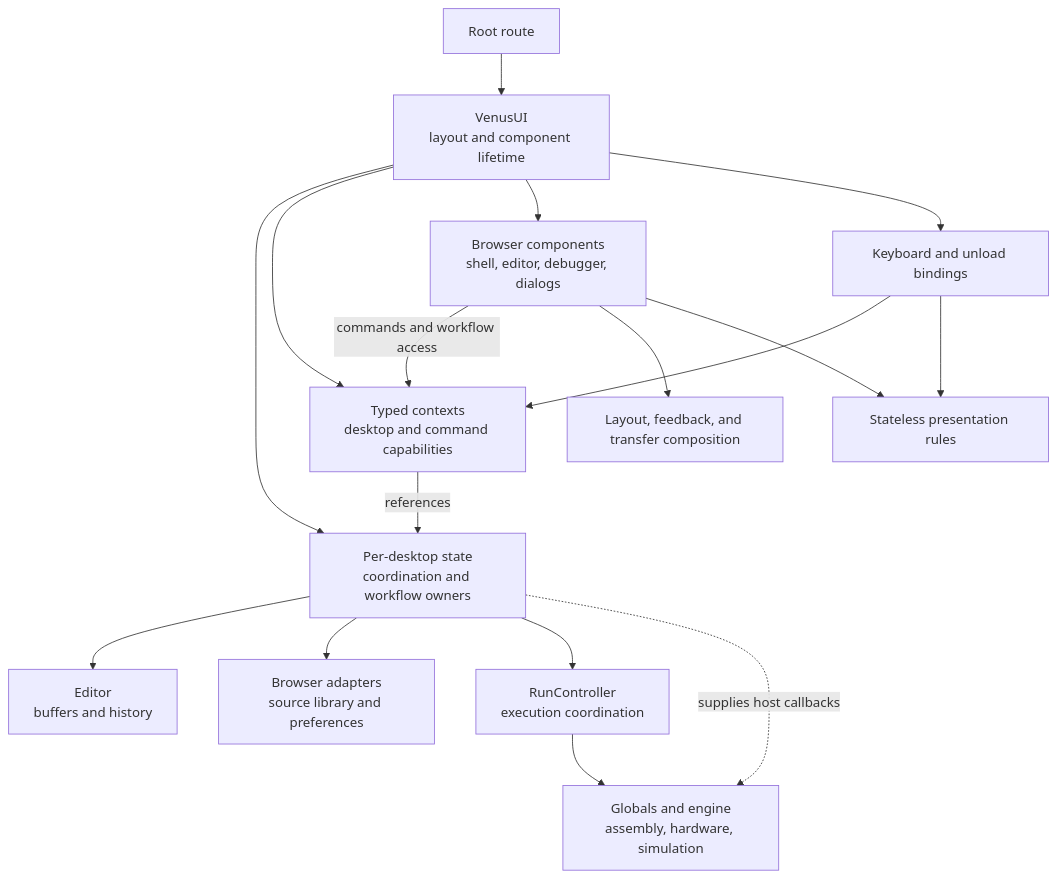
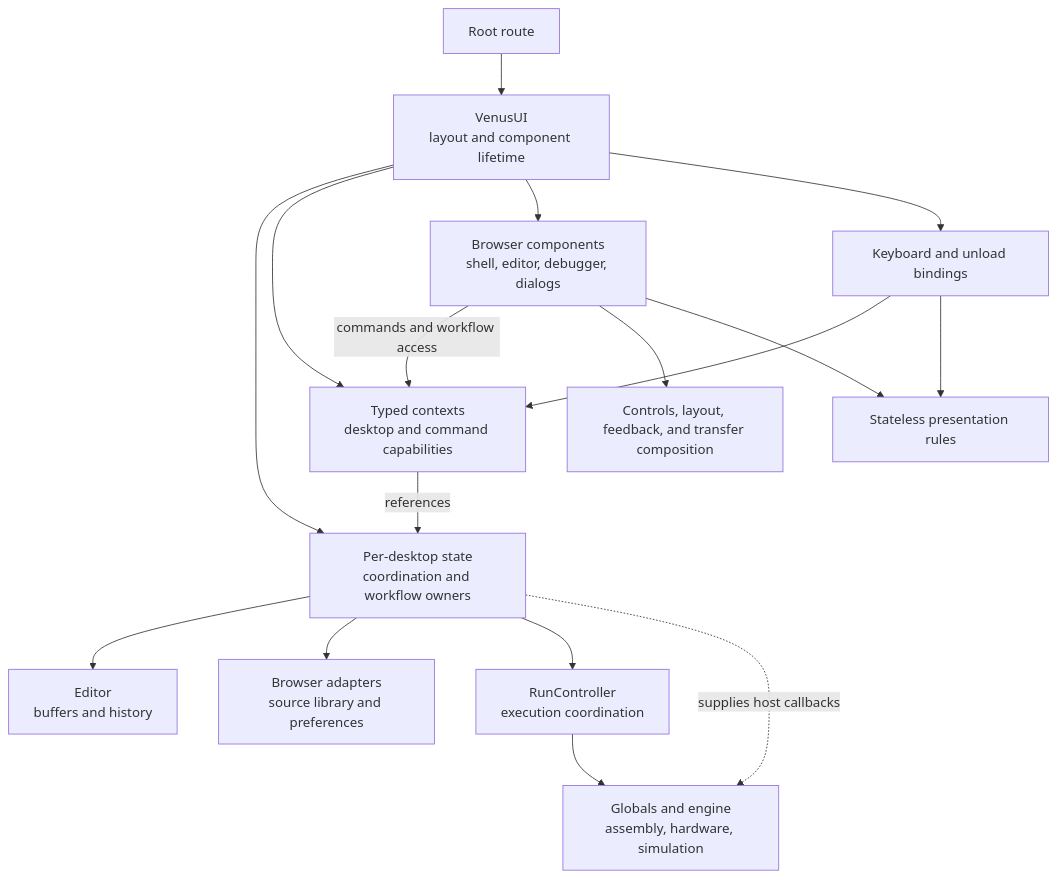
Before and after one commit to awpala/MARS-ts: the first of 2 diagrams in src/lib/venus/README.md, drawn with Mermaid. The commit also changed other lines of this file and 39 other files, not shown here.

````diff
--- a/src/lib/venus/README.md
+++ b/src/lib/venus/README.md
@@ -15,19 +15,19 @@
 ```mermaid
 flowchart TB
     Route["Root route"] --> Root["VenusUI<br/>layout and component lifetime"]
     Root --> State["Per-desktop state<br/>coordination and workflow owners"]
     Root --> Context["Typed contexts<br/>desktop and command capabilities"]
     Context -->|references| State
     Root --> Views["Browser components<br/>shell, editor, debugger, dialogs"]
     Views -->|commands and workflow access| Context
-    Views --> Primitives["Layout, feedback, and transfer composition"]
+    Views --> Primitives["Controls, layout, feedback, and transfer composition"]
     Root --> Hooks["Keyboard and unload bindings"]
     Hooks --> Context
     Views --> Utilities["Stateless presentation rules"]
     Hooks --> Utilities
     State --> Editor["Editor<br/>buffers and history"]
     State --> Browser["Browser adapters<br/>source library and preferences"]
     State --> Controller["RunController<br/>execution coordination"]
     Controller --> Engine["Globals and engine<br/>assembly, hardware, simulation"]
     State -.->|supplies host callbacks| Engine
 ```
````
